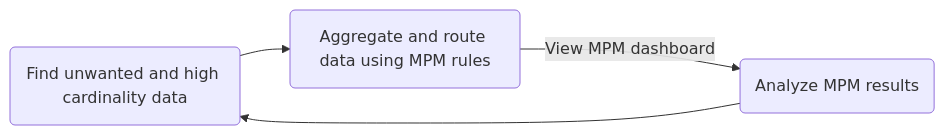
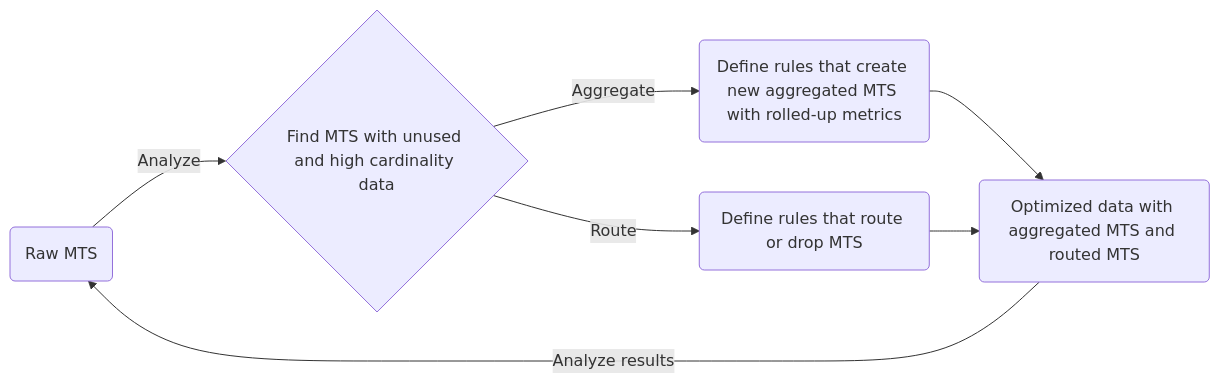
One commit to splunk/public-o11y-docs changed the diagram in infrastructure/metrics-pipeline/metrics-pipeline-intro.rst. Above: the diagram before and after it, drawn with Mermaid. The commit also changed other lines of this file, not shown here.

```diff
--- a/infrastructure/metrics-pipeline/metrics-pipeline-intro.rst
+++ b/infrastructure/metrics-pipeline/metrics-pipeline-intro.rst
@@ -45,4 +50,12 @@
 .. mermaid::
 
    flowchart LR
-       A(Find unwanted and high cardinality data) -->B(Aggregate and route data using MPM rules) -- View MPM dashboard --> C(Analyze MPM results) -->A
+
+   accTitle: Data optimization using metrics pipeline management
+
+   accDescr: Metrics pipeline management optimizes metrics data by creating new aggregating MTS based on rules you specify. Metrics pipeline management also archives MTS based on data routing rules you specify.
+
+   A(Raw MTS) -- Analyze -->B{"`Find MTS with unused and high cardinality data`"}
+   B -- Aggregate --> C("`Define rules that create new aggregated MTS with rolled-up metrics`") -->E
+   B -- Route -->D("`Define rules that route or drop MTS`") -->E
+   E(Optimized data with aggregated MTS and routed MTS) -- Analyze results -->A
```
